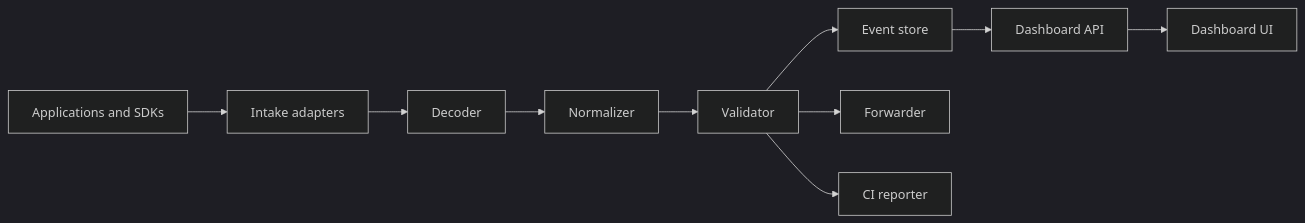
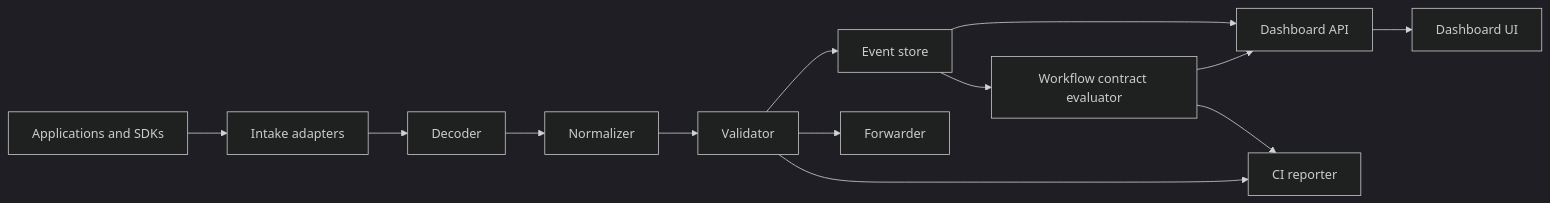
One commit to midagedev/dogtap changed the diagram in docs/ARCHITECTURE.md. Above: the diagram before and after it, drawn with Mermaid (dark theme). The commit also changed other lines of this file and 29 other files, not shown here.

````diff
--- a/docs/ARCHITECTURE.md
+++ b/docs/ARCHITECTURE.md
@@ -7,12 +7,15 @@
 ```mermaid
 flowchart LR
   A["Applications and SDKs"] --> B["Intake adapters"]
   B --> C["Decoder"]
   C --> D["Normalizer"]
   D --> E["Validator"]
   E --> F["Event store"]
   E --> G["Forwarder"]
   F --> H["Dashboard API"]
   H --> I["Dashboard UI"]
   E --> J["CI reporter"]
+  F --> K["Workflow contract evaluator"]
+  K --> H
+  K --> J
 ```
````
